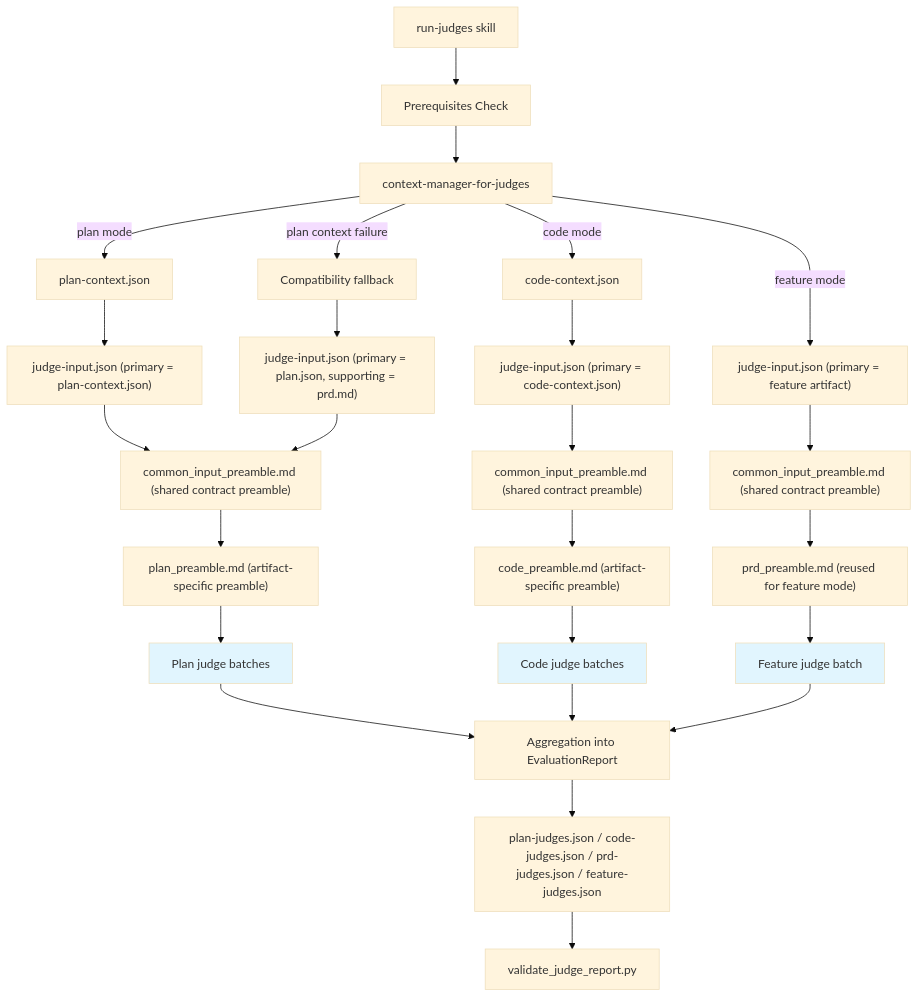
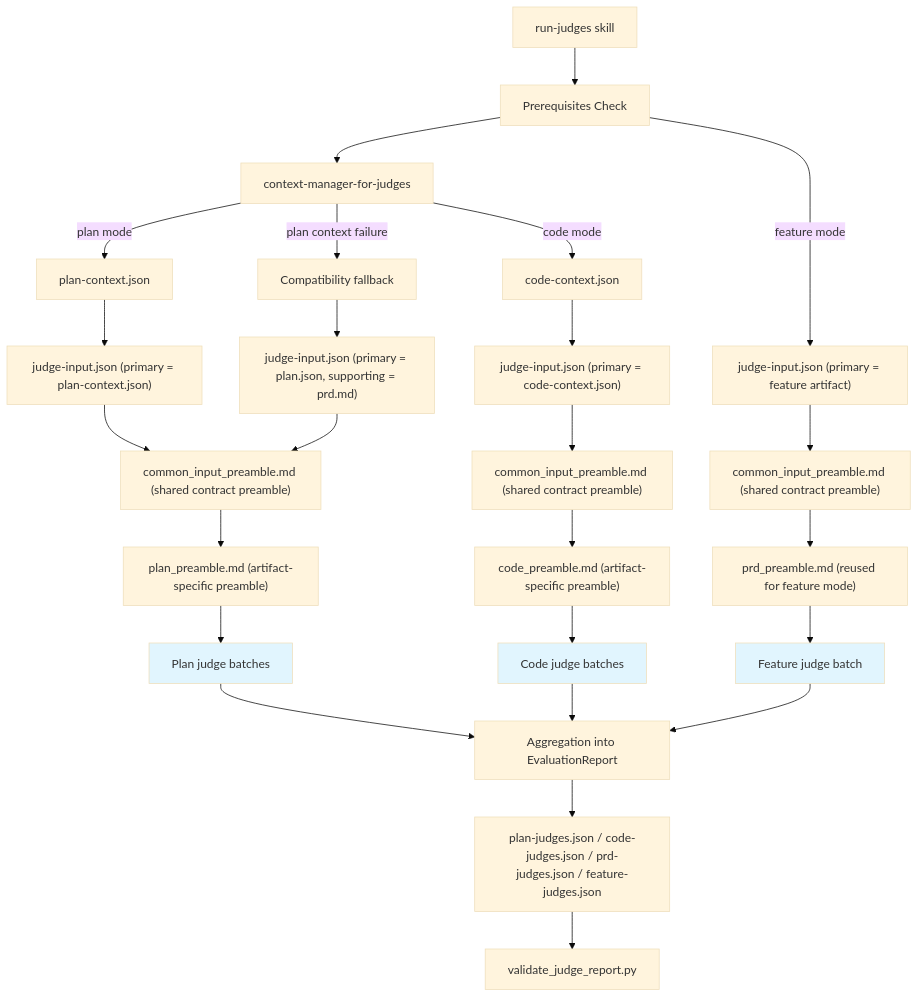
One commit to closedloop-ai/claude-plugins changed the diagram in plugins/judges/README.md. Above: the diagram before and after it, drawn with Mermaid (base theme). The commit also changed 3 other files, not shown here.

````diff
--- a/plugins/judges/README.md
+++ b/plugins/judges/README.md
@@ -21,31 +21,31 @@
 ```mermaid
 graph TD
     Start[run-judges skill] --> Check[Prerequisites Check]
     Check --> CtxMgr[context-manager-for-judges]
     CtxMgr -->|plan mode| PlanJSON["plan-context.json"]
     PlanJSON --> PlanInput["judge-input.json (primary = plan-context.json)"]
     PlanInput --> CommonPlan["common_input_preamble.md (shared contract preamble)"]
     CommonPlan --> PlanPreamble["plan_preamble.md (artifact-specific preamble)"]
     PlanPreamble --> PlanBatches[Plan judge batches]
     CtxMgr -->|code mode| CodeJSON["code-context.json"]
     CodeJSON --> CodeInput["judge-input.json (primary = code-context.json)"]
     CodeInput --> CommonCode["common_input_preamble.md (shared contract preamble)"]
     CommonCode --> CodePreamble["code_preamble.md (artifact-specific preamble)"]
     CodePreamble --> CodeBatches[Code judge batches]
     CtxMgr -->|plan context failure| Compat[Compatibility fallback]
     Compat --> CompatInput["judge-input.json (primary = plan.json, supporting = prd.md)"]
     CompatInput --> CommonPlan
-    CtxMgr -->|feature mode| FeatureInput["judge-input.json (primary = feature artifact)"]
+    Check -->|feature mode| FeatureInput["judge-input.json (primary = feature artifact)"]
     FeatureInput --> CommonFeature["common_input_preamble.md (shared contract preamble)"]
     CommonFeature --> FeaturePreamble["prd_preamble.md (reused for feature mode)"]
     FeaturePreamble --> FeatureBatch[Feature judge batch]
     PlanBatches --> Agg[Aggregation into EvaluationReport]
     CodeBatches --> Agg
     FeatureBatch --> Agg
     Agg --> Report["plan-judges.json / code-judges.json / prd-judges.json / feature-judges.json"]
     Report --> Validate["validate_judge_report.py"]
 
     style PlanBatches fill:#e1f5fe
     style CodeBatches fill:#e1f5fe
     style FeatureBatch fill:#e1f5fe
 ```
````
